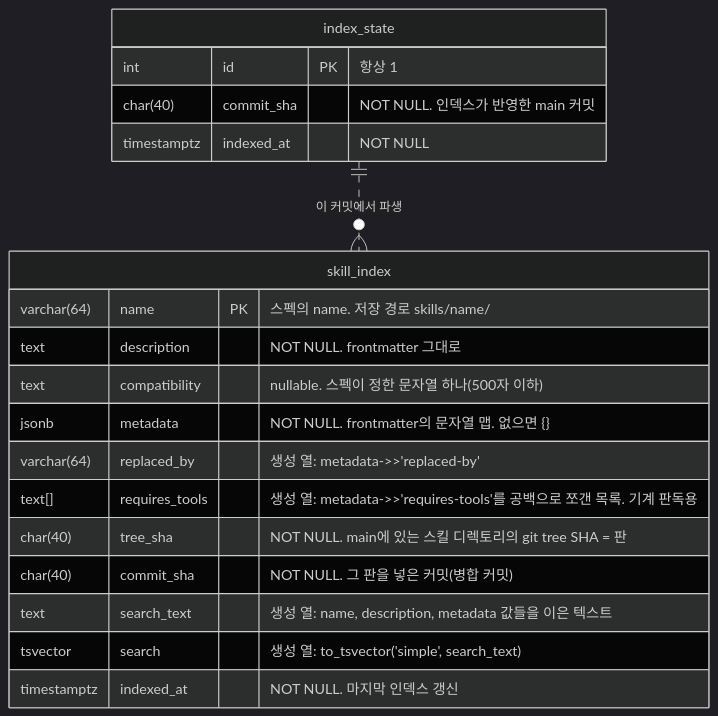
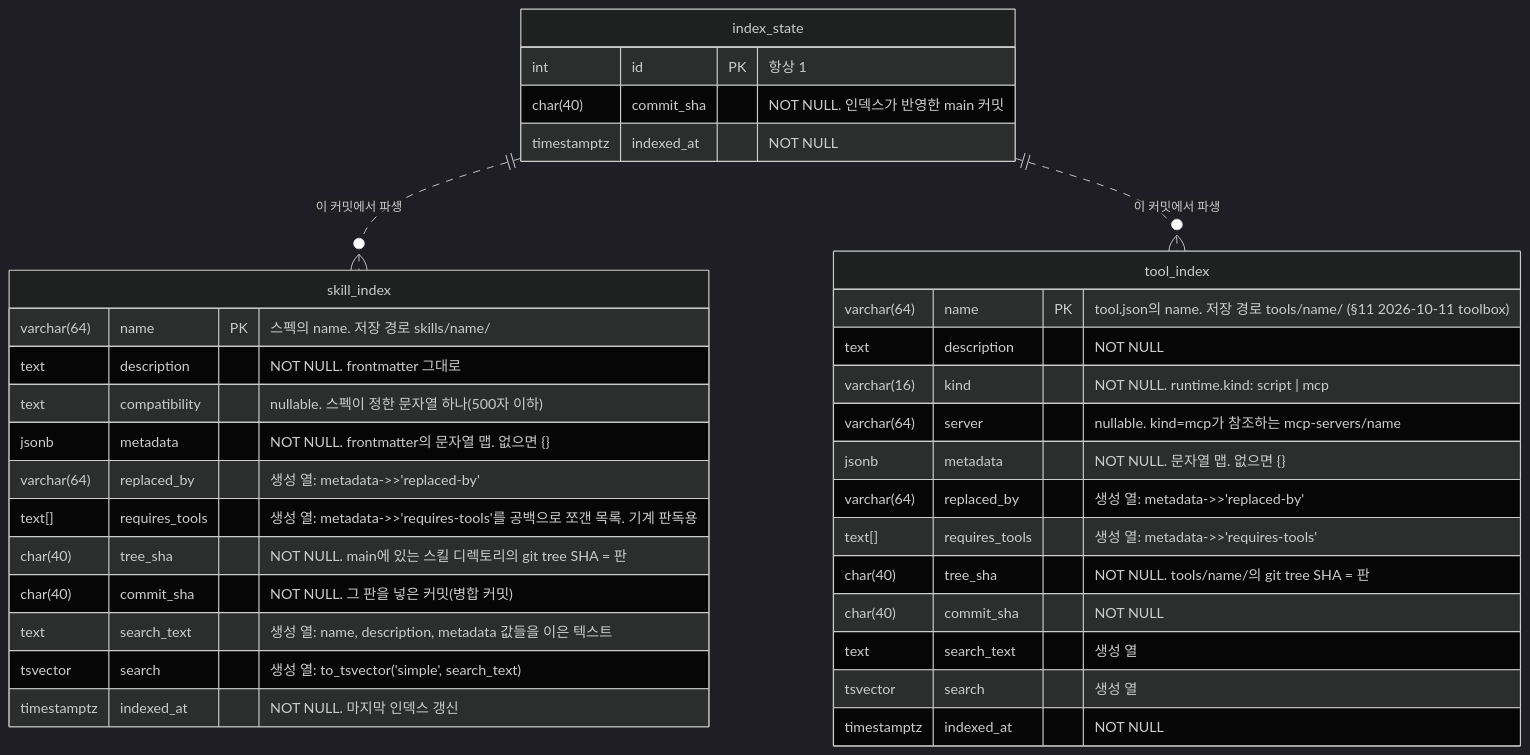
Before and after one commit to alteralab/harness-catalog: the third of 4 diagrams in DESIGN.md, drawn with Mermaid (dark theme). The commit also changed other lines of this file and 34 other files, not shown here.

First line of the commit message:
toolbox: 도구 레지스트리 — tools/<name>/tool.json·mcp-servers/<name>/server.json, search_tools·get_tool, 검사 11·12, tool_index(0002) (v0.3.0)

````diff
--- a/DESIGN.md
+++ b/DESIGN.md
@@ -213,22 +213,37 @@
 ```mermaid
 erDiagram
     skill_index {
         varchar(64) name PK "스펙의 name. 저장 경로 skills/name/"
         text description "NOT NULL. frontmatter 그대로"
         text compatibility "nullable. 스펙이 정한 문자열 하나(500자 이하)"
         jsonb metadata "NOT NULL. frontmatter의 문자열 맵. 없으면 {}"
         varchar(64) replaced_by "생성 열: metadata->>'replaced-by'"
         text[] requires_tools "생성 열: metadata->>'requires-tools'를 공백으로 쪼갠 목록. 기계 판독용"
         char(40) tree_sha "NOT NULL. main에 있는 스킬 디렉토리의 git tree SHA = 판"
         char(40) commit_sha "NOT NULL. 그 판을 넣은 커밋(병합 커밋)"
         text search_text "생성 열: name, description, metadata 값들을 이은 텍스트"
         tsvector search "생성 열: to_tsvector('simple', search_text)"
         timestamptz indexed_at "NOT NULL. 마지막 인덱스 갱신"
     }
+    tool_index {
+        varchar(64) name PK "tool.json의 name. 저장 경로 tools/name/ (§11 2026-10-11 toolbox)"
+        text description "NOT NULL"
+        varchar(16) kind "NOT NULL. runtime.kind: script | mcp"
+        varchar(64) server "nullable. kind=mcp가 참조하는 mcp-servers/name"
+        jsonb metadata "NOT NULL. 문자열 맵. 없으면 {}"
+        varchar(64) replaced_by "생성 열: metadata->>'replaced-by'"
+        text[] requires_tools "생성 열: metadata->>'requires-tools'"
+        char(40) tree_sha "NOT NULL. tools/name/의 git tree SHA = 판"
+        char(40) commit_sha "NOT NULL"
+        text search_text "생성 열"
+        tsvector search "생성 열"
+        timestamptz indexed_at "NOT NULL"
+    }
     index_state {
         int id PK "항상 1"
         char(40) commit_sha "NOT NULL. 인덱스가 반영한 main 커밋"
         timestamptz indexed_at "NOT NULL"
     }
     index_state ||..o{ skill_index : "이 커밋에서 파생"
+    index_state ||..o{ tool_index : "이 커밋에서 파생"
 ```
````
